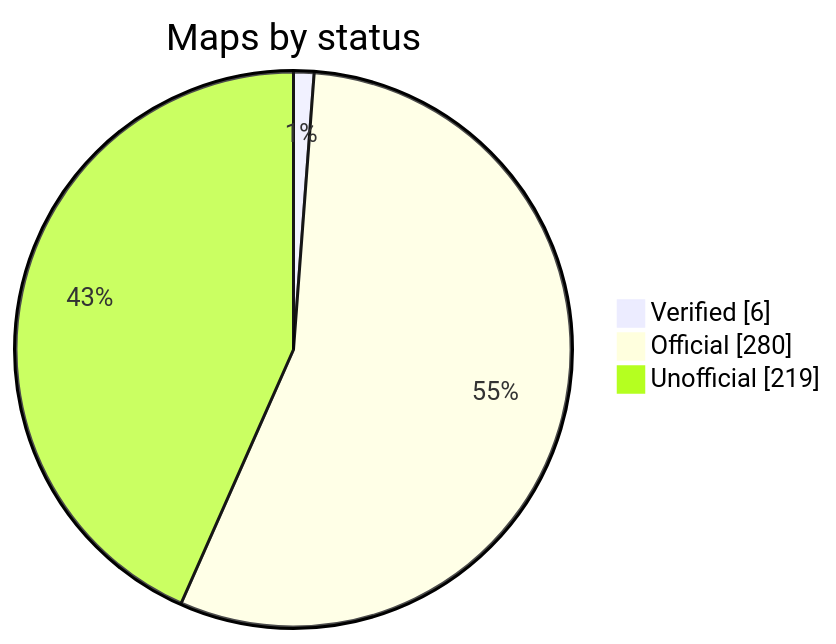
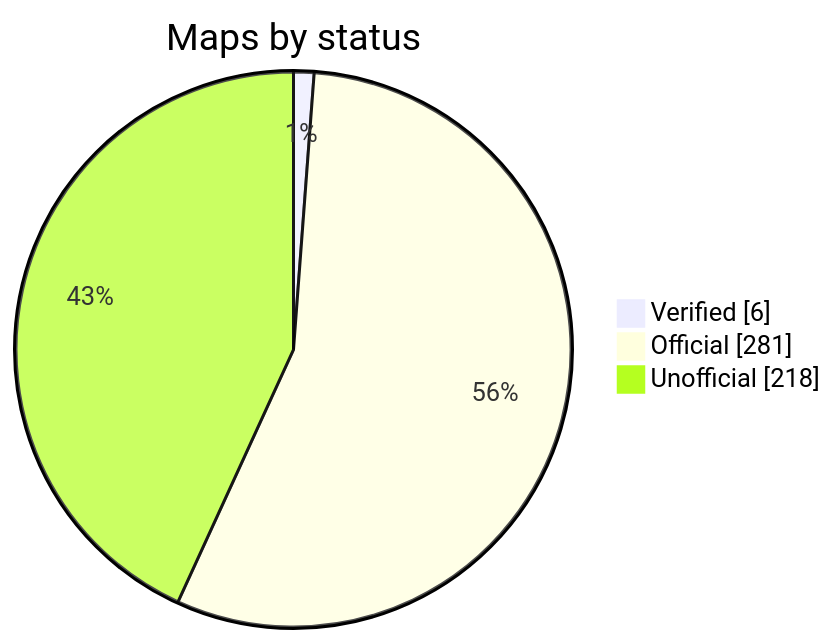
The diagram in README.md (nobrega8/mbmap-library), drawn with Mermaid before and after one commit. The commit also changed 2 other files, not shown here.

Commit message:
Rewrite the Schneider Electric Conext CL (PVSCL20E) map from the register map (#108)

````diff
--- a/README.md
+++ b/README.md
@@ -48,7 +48,7 @@
 ```mermaid
 pie showData
     title Maps by status
     "Verified" : 6
-    "Official" : 280
-    "Unofficial" : 219
+    "Official" : 281
+    "Unofficial" : 218
 ```
````
